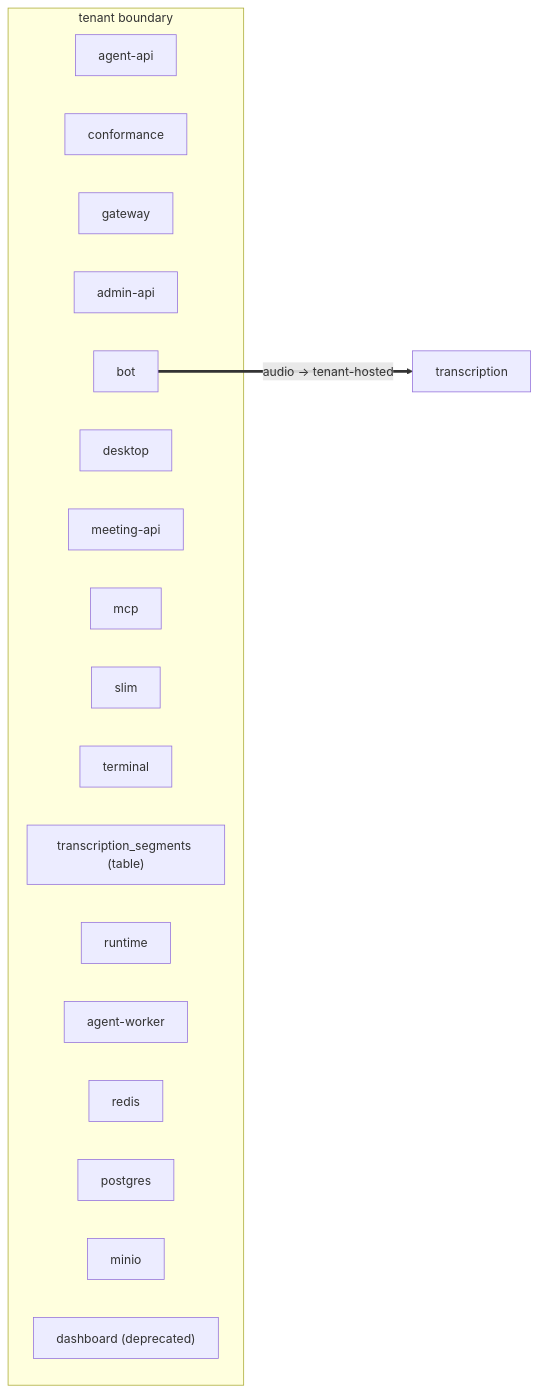
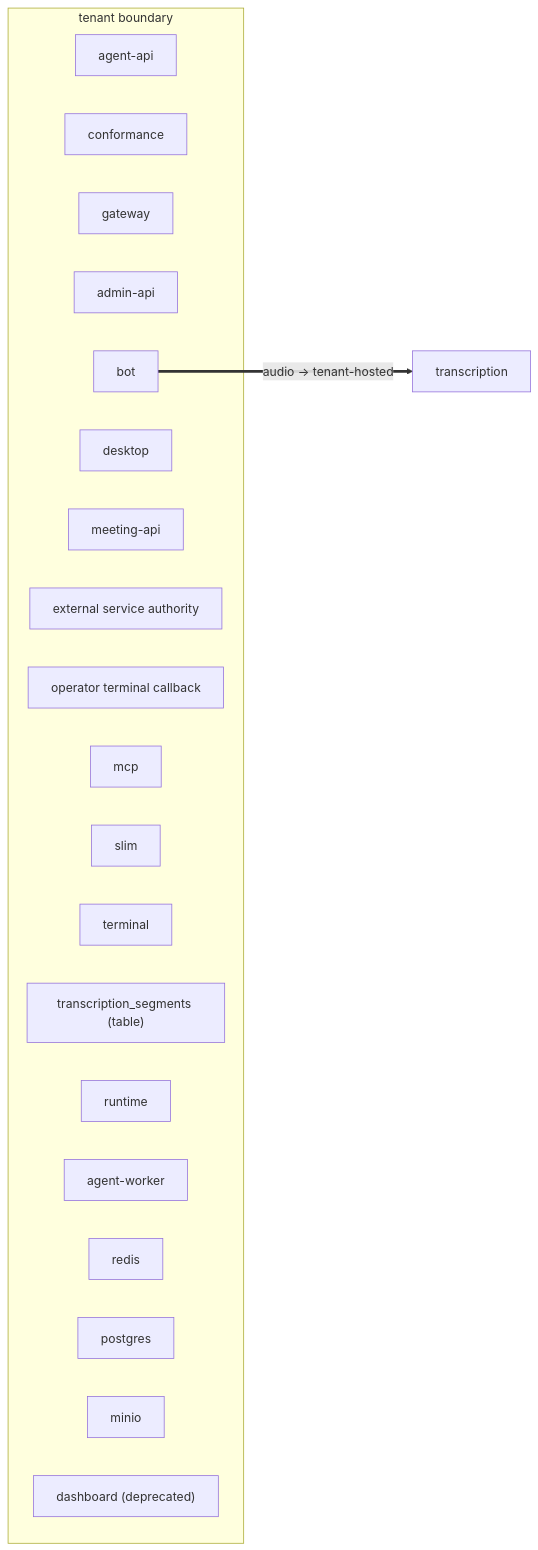
One commit to TheJuanAndOnly99/vexa-core changed the diagram in docs/views/egress.mmd. Above: the diagram before and after it, drawn with Mermaid. The commit also changed 54 other files, not shown here.

```diff
--- a/docs/views/egress.mmd
+++ b/docs/views/egress.mmd
@@ -1,23 +1,25 @@
 %% GENERATED — pnpm arch:dsl --write
 flowchart LR
   subgraph tenant["tenant boundary"]
     agent_api["agent-api"]
     conformance["conformance"]
     gateway["gateway"]
     admin_api["admin-api"]
     bot["bot"]
     desktop["desktop"]
     meeting_api["meeting-api"]
+    service_authority["external service authority"]
+    system_webhook["operator terminal callback"]
     mcp["mcp"]
     slim["slim"]
     terminal["terminal"]
     segments_table["transcription_segments (table)"]
     runtime["runtime"]
     agent_worker["agent-worker"]
     redis["redis"]
     postgres["postgres"]
     minio["minio"]
     dashboard["dashboard (deprecated)"]
   end
   transcription["transcription"]
   bot ==>|"audio -> tenant-hosted"| transcription
```
